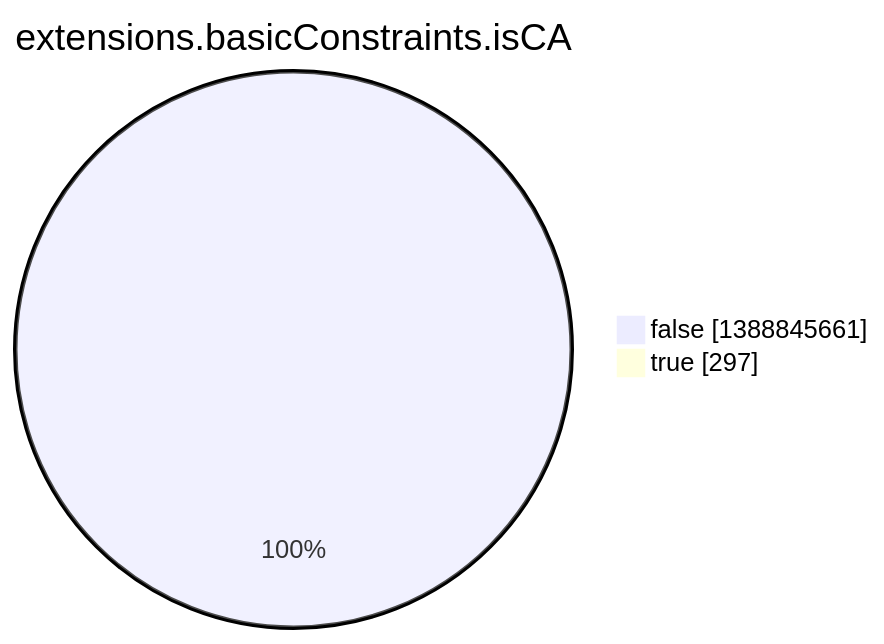
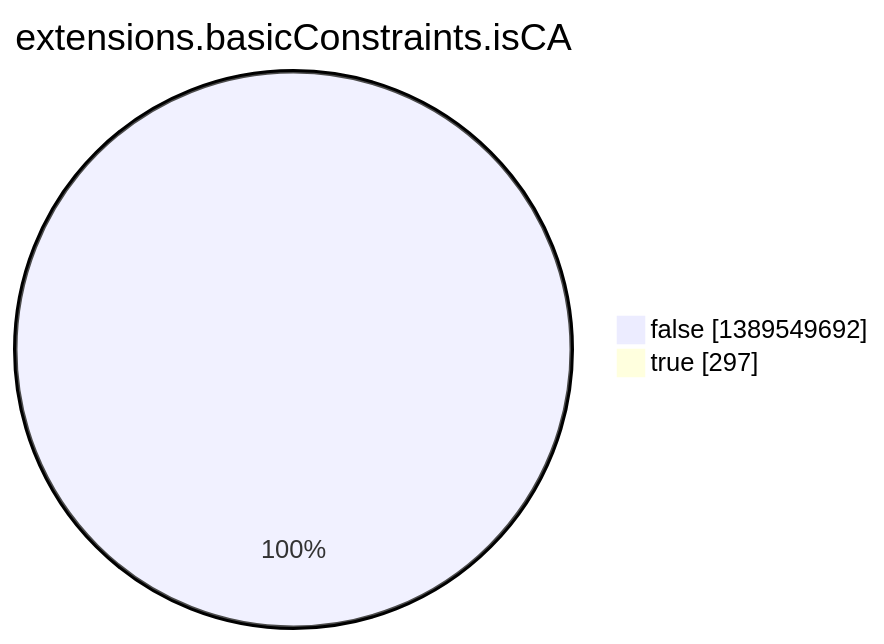
One commit to christiankrug/ctmonitor_visualization changed the eighth of 15 diagrams in argon2022/README.md. Above: the diagram before and after it, drawn with Mermaid. The commit also changed other lines of this file, not shown here.

````diff
--- a/argon2022/README.md
+++ b/argon2022/README.md
@@ -2759,6 +2759,6 @@
 ```mermaid
 pie showData
 title extensions.basicConstraints.isCA
-"false" :1388845661
+"false" :1389549692
 "true" :297
 ```
````
